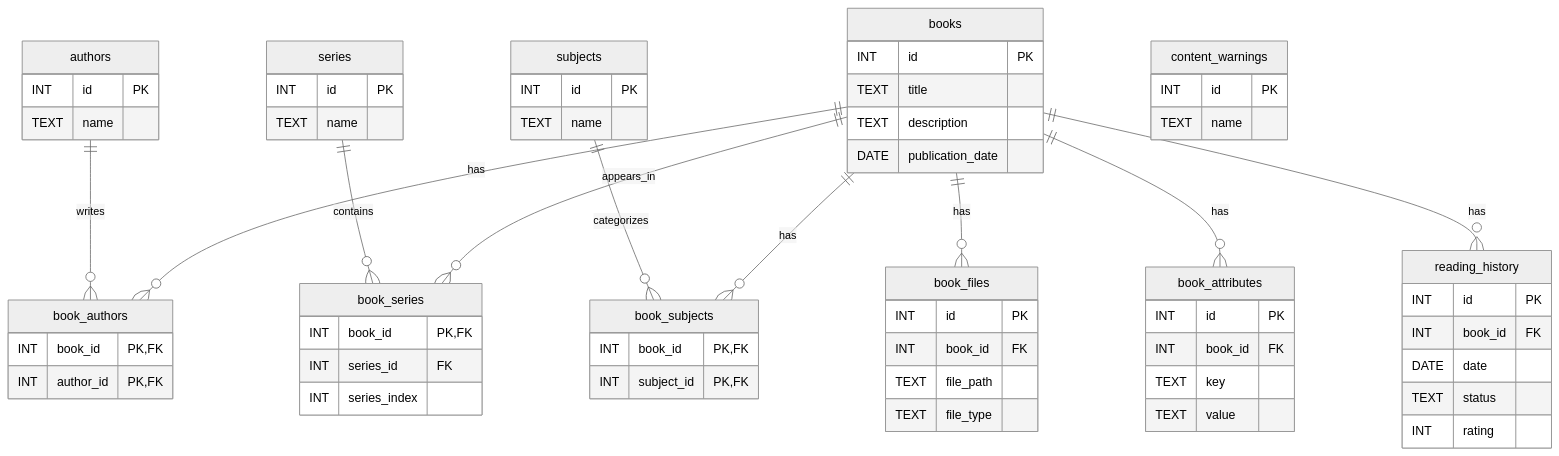
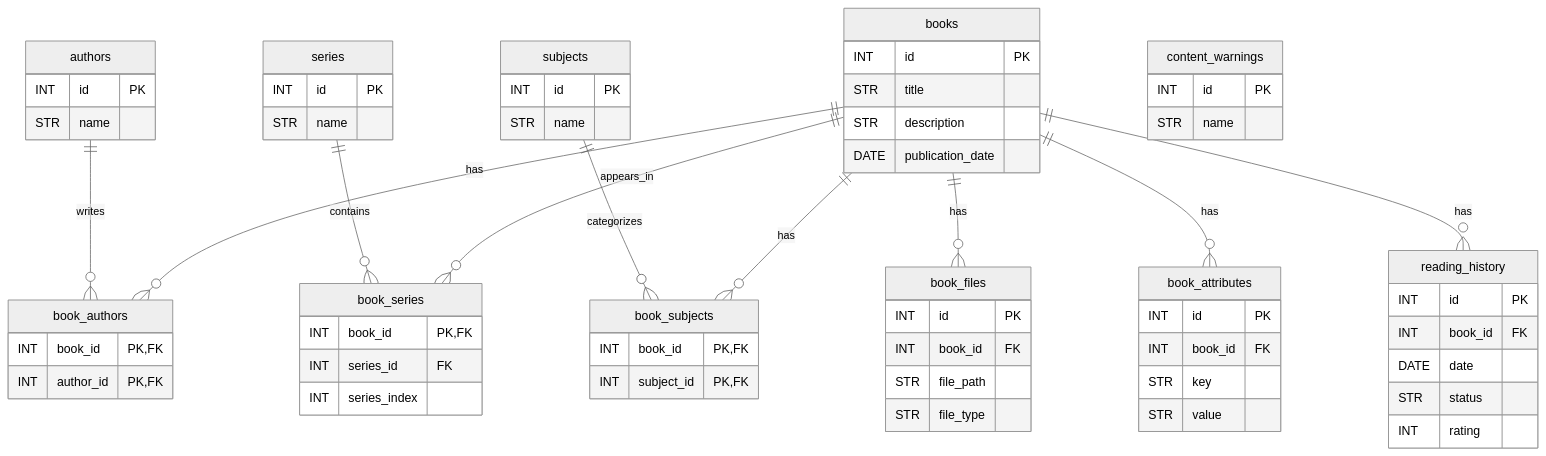
One commit to thomas-d-harrison/ebook_library changed the diagram in README.md. Above: the diagram before and after it, drawn with Mermaid (neutral theme).

```diff
--- a/README.md
+++ b/README.md
@@ -111,14 +111,14 @@
 erDiagram
     books {
       INT id PK
-      TEXT title
-      TEXT description
+      STR title
+      STR description
       DATE publication_date
     }
 
     authors {
       INT id PK
-      TEXT name
+      STR name
     }
 
     book_authors {
@@ -128,7 +128,7 @@
 
     series {
       INT id PK
-      TEXT name
+      STR name
     }
 
     book_series {
@@ -139,7 +139,7 @@
 
     subjects {
       INT id PK
-      TEXT name
+      STR name
     }
 
     book_subjects {
@@ -149,28 +149,28 @@
 
     content_warnings {
       INT id PK
-      TEXT name
+      STR name
     }
 
     book_files {
       INT id PK
       INT book_id FK
-      TEXT file_path
-      TEXT file_type
+      STR file_path
+      STR file_type
     }
 
     book_attributes {
       INT id PK
       INT book_id FK
-      TEXT key
-      TEXT value
+      STR key
+      STR value
     }
 
     reading_history {
       INT id PK
       INT book_id FK
       DATE date
-      TEXT status
+      STR status
       INT rating
     }
 
```
